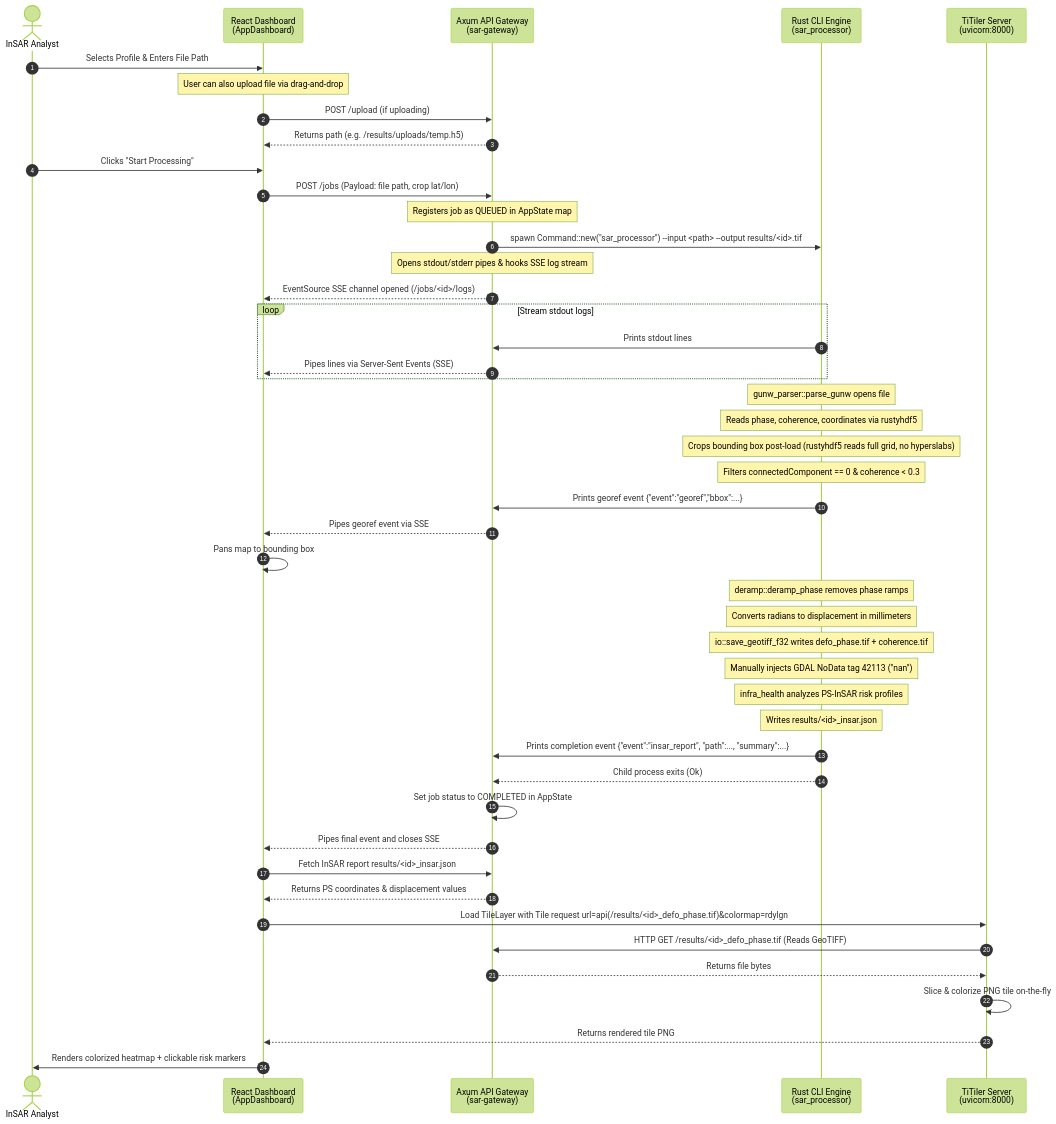
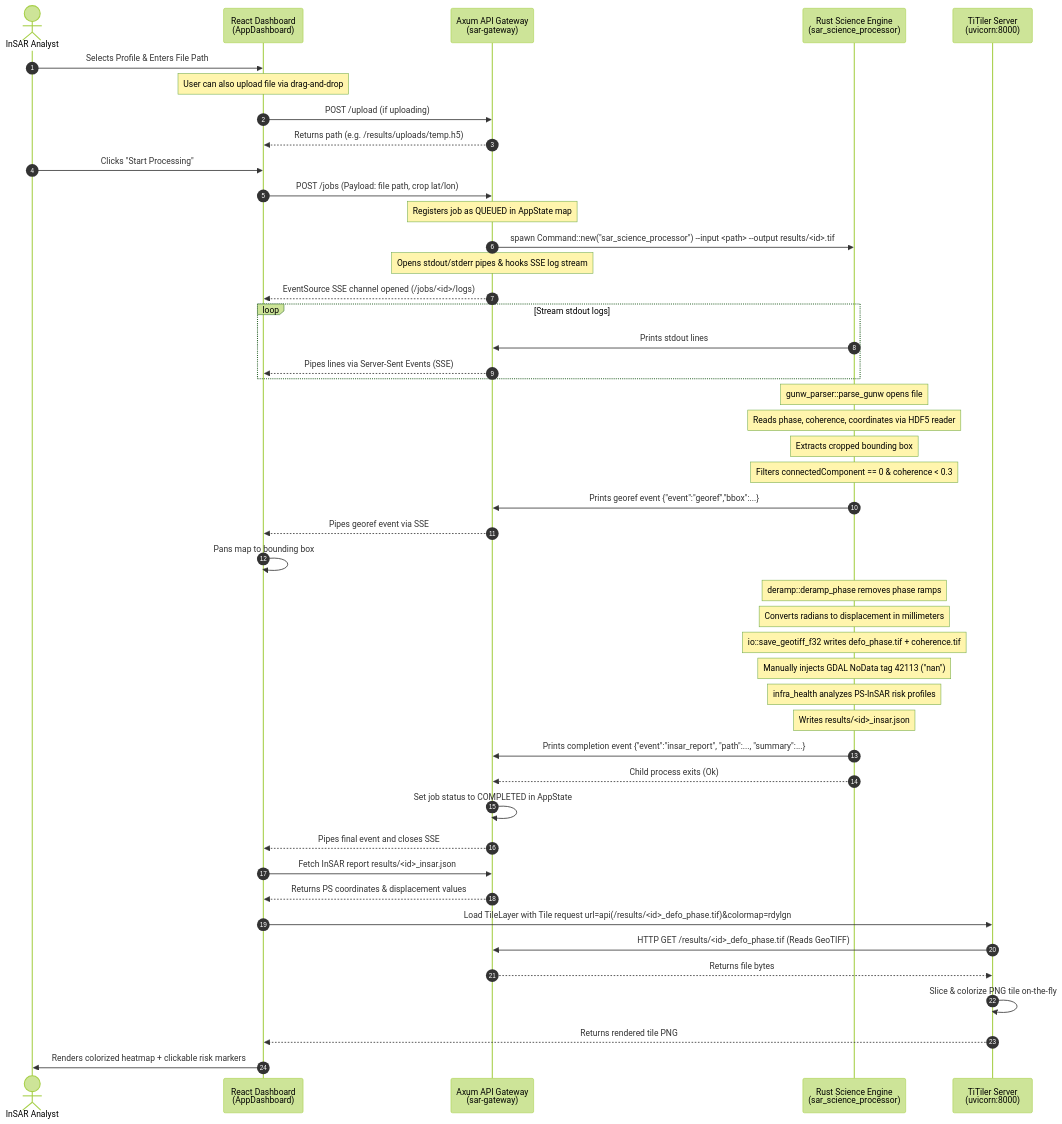
The diagram in Docs/Architecture/gunw_data_flow.md (AdityaNarayanNayak-2/NISAR_PRO), drawn with Mermaid (forest theme) before and after one commit. The commit also changed other lines of this file and 120 other files, not shown here.

````diff
--- a/Docs/Architecture/gunw_data_flow.md
+++ b/Docs/Architecture/gunw_data_flow.md
@@ -11,57 +11,57 @@
 ```mermaid
 sequenceDiagram
     autonumber
     actor User as InSAR Analyst
     participant UI as React Dashboard<br/>(AppDashboard)
     participant GW as Axum API Gateway<br/>(sar-gateway)
-    participant CL as Rust CLI Engine<br/>(sar_processor)
+    participant CL as Rust Science Engine<br/>(sar_science_processor)
     participant TT as TiTiler Server<br/>(uvicorn:8000)
 
     User->>UI: Selects Profile & Enters File Path
     Note over UI: User can also upload file via drag-and-drop
     UI->>GW: POST /upload (if uploading)
     GW-->>UI: Returns path (e.g. /results/uploads/temp.h5)
     
     User->>UI: Clicks "Start Processing"
     UI->>GW: POST /jobs (Payload: file path, crop lat/lon)
     Note over GW: Registers job as QUEUED in AppState map
-    GW->>CL: spawn Command::new("sar_processor") --input <path> --output results/<id>.tif
+    GW->>CL: spawn Command::new("sar_science_processor") --input <path> --output results/<id>.tif
     Note over GW: Opens stdout/stderr pipes & hooks SSE log stream
     GW-->>UI: EventSource SSE channel opened (/jobs/<id>/logs)
 
     loop Stream stdout logs
         CL->>GW: Prints stdout lines
         GW-->>UI: Pipes lines via Server-Sent Events (SSE)
     end
 
     Note over CL: gunw_parser::parse_gunw opens file
-    Note over CL: Reads phase, coherence, coordinates via rustyhdf5
-    Note over CL: Crops bounding box post-load (rustyhdf5 reads full grid, no hyperslabs)
+    Note over CL: Reads phase, coherence, coordinates via HDF5 reader
+    Note over CL: Extracts cropped bounding box
     Note over CL: Filters connectedComponent == 0 & coherence < 0.3
     
     CL->>GW: Prints georef event {"event":"georef","bbox":...}
     GW-->>UI: Pipes georef event via SSE
     UI->>UI: Pans map to bounding box
 
     Note over CL: deramp::deramp_phase removes phase ramps
     Note over CL: Converts radians to displacement in millimeters
     Note over CL: io::save_geotiff_f32 writes defo_phase.tif + coherence.tif
     Note over CL: Manually injects GDAL NoData tag 42113 ("nan")
     Note over CL: infra_health analyzes PS-InSAR risk profiles
     Note over CL: Writes results/<id>_insar.json
 
     CL->>GW: Prints completion event {"event":"insar_report", "path":..., "summary":...}
     CL-->>GW: Child process exits (Ok)
     GW->>GW: Set job status to COMPLETED in AppState
     GW-->>UI: Pipes final event and closes SSE
 
     UI->>GW: Fetch InSAR report results/<id>_insar.json
     GW-->>UI: Returns PS coordinates & displacement values
     
     UI->>TT: Load TileLayer with Tile request url=api(/results/<id>_defo_phase.tif)&colormap=rdylgn
     TT->>GW: HTTP GET /results/<id>_defo_phase.tif (Reads GeoTIFF)
     GW-->>TT: Returns file bytes
     TT->>TT: Slice & colorize PNG tile on-the-fly
     TT-->>UI: Returns rendered tile PNG
     UI->>User: Renders colorized heatmap + clickable risk markers
 ```
````
